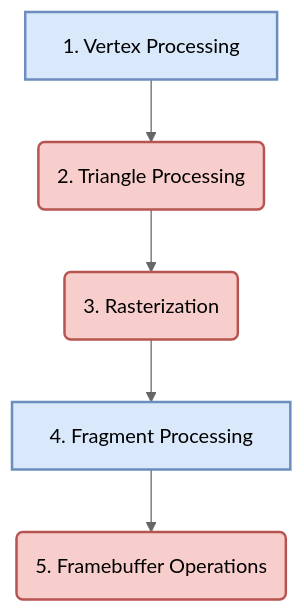
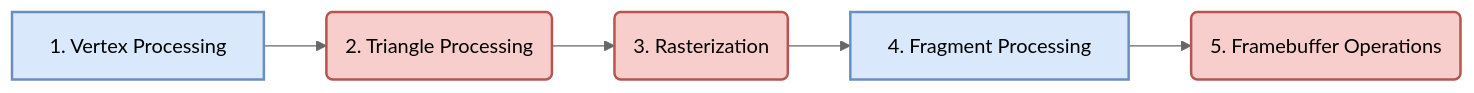
The diagram in README.md (terrytwchen/MiniRasterizer), drawn with Mermaid (neutral theme) before and after one commit. The commit also changed other lines of this file, not shown here.

````diff
--- a/README.md
+++ b/README.md
@@ -43,13 +43,13 @@
 ```mermaid
-graph TD
+graph LR
     A[1. Vertex Processing]:::programmable
     B(2. Triangle Processing):::fixed
     C(3. Rasterization):::fixed
     D[4. Fragment Processing]:::programmable
     E(5. Framebuffer Operations):::fixed
 
     A --> B --> C --> D --> E
 
     classDef programmable fill:#DAE8FC,stroke:#6C8EBF,stroke-width:2px
     classDef fixed fill:#F8CECC,stroke:#B85450,stroke-width:2px
 ```
````
